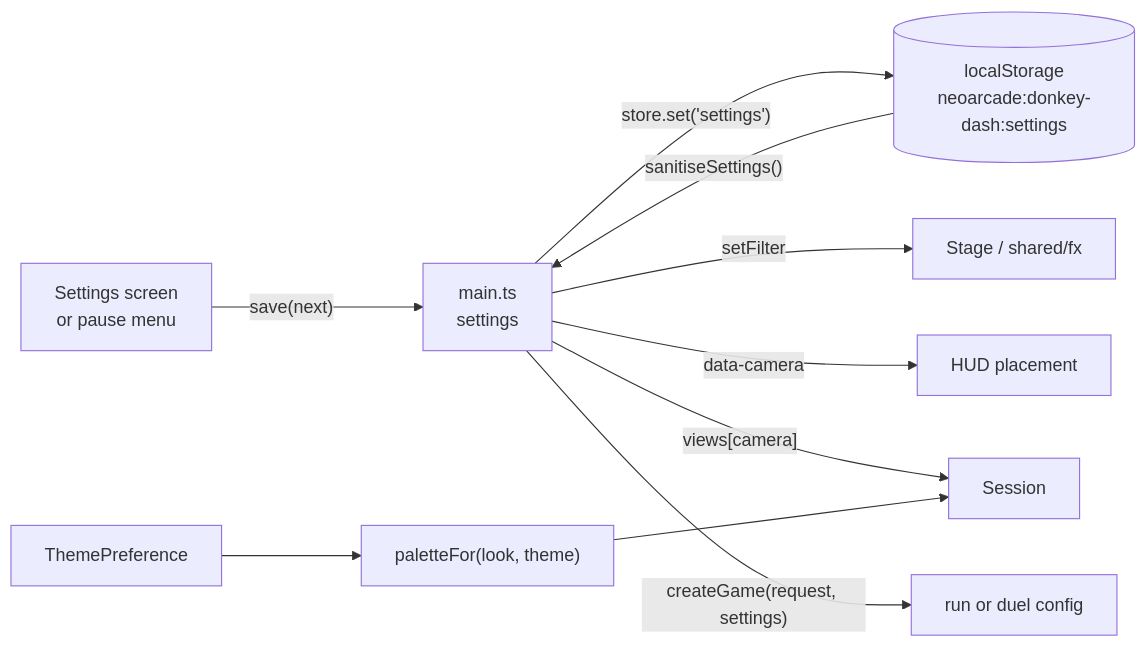
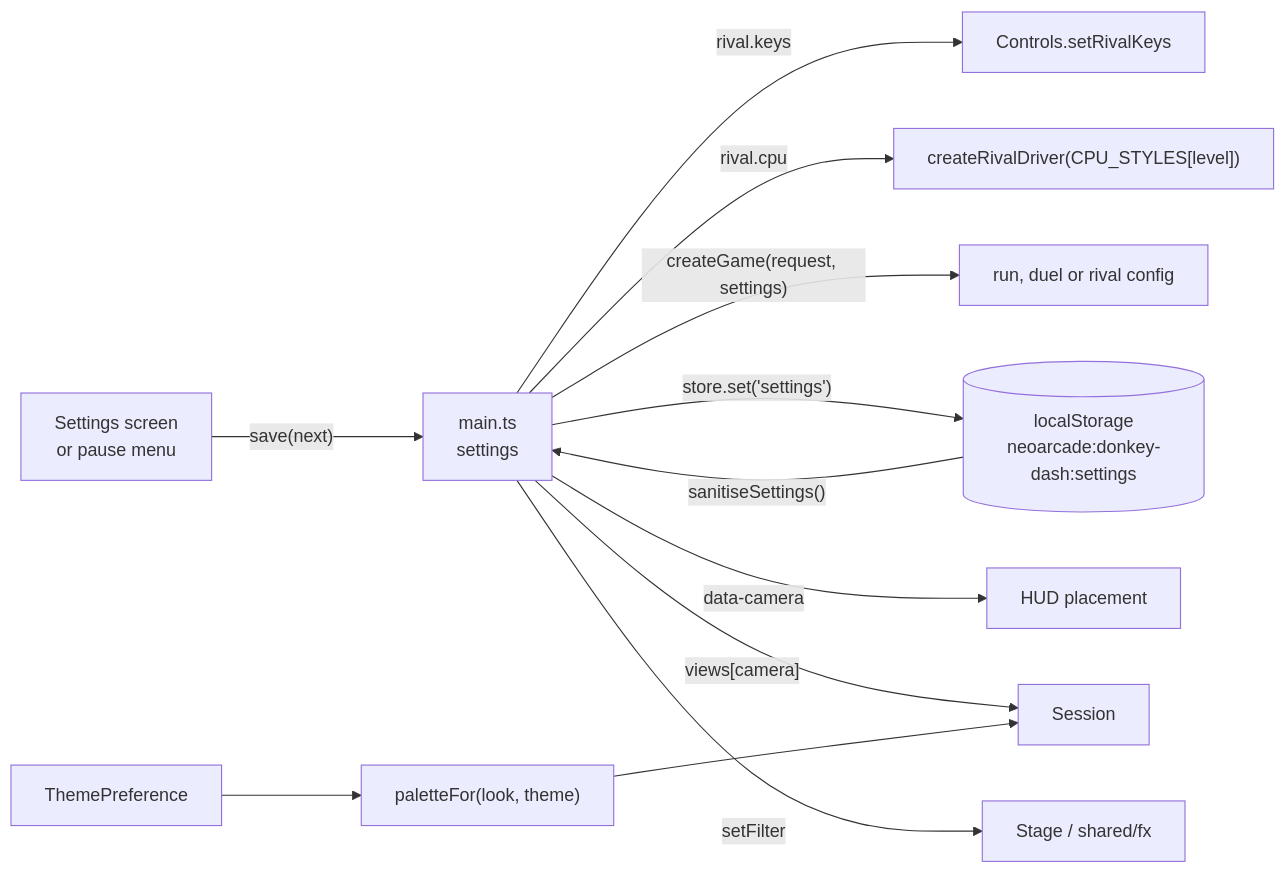
The eighth of 8 diagrams in ports/donkey-dash/docs/ARCHITECTURE.md (agunawijaya/NeoArcade), drawn with Mermaid before and after one commit. The commit also changed other lines of this file and 101 other files, not shown here.

````diff
--- a/ports/donkey-dash/docs/ARCHITECTURE.md
+++ b/ports/donkey-dash/docs/ARCHITECTURE.md
@@ -340,12 +627,14 @@
 ```mermaid
 flowchart LR
   screen["Settings screen<br/>or pause menu"] -- "save(next)" --> main["main.ts<br/>settings"]
   main -- "store.set('settings')" --> storage[("localStorage<br/>neoarcade:donkey-dash:settings")]
   storage -- "sanitiseSettings()" --> main
   main -- "setFilter" --> stage["Stage / shared/fx"]
   main -- "data-camera" --> hud["HUD placement"]
   main -- "views[camera]" --> session["Session"]
-  main -- "createGame(request, settings)" --> engine["run or duel config"]
+  main -- "createGame(request, settings)" --> engine["run, duel or rival config"]
+  main -- "rival.cpu" --> cpu["createRivalDriver(CPU_STYLES[level])"]
+  main -- "rival.keys" --> controls["Controls.setRivalKeys"]
   theme["ThemePreference"] --> palette["paletteFor(look, theme)"]
   palette --> session
 ```
````
